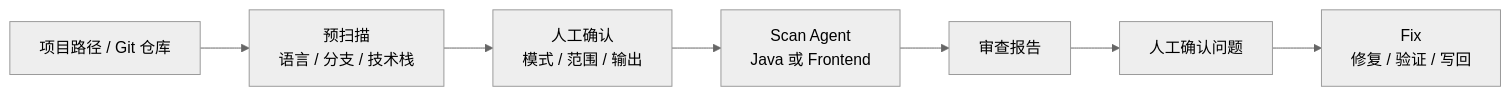
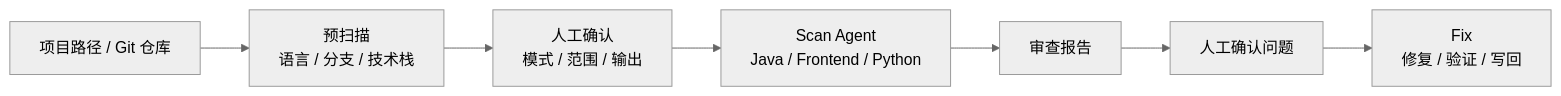
The diagram in README.md (ataskite/cc-code-reviewer), drawn with Mermaid (neutral theme) before and after one commit. The commit also changed other lines of this file and 24 other files, not shown here.

````diff
--- a/README.md
+++ b/README.md
@@ -7,9 +7,9 @@
 ```mermaid
 flowchart LR
     Input["项目路径 / Git 仓库"] --> Prescan["预扫描<br/>语言 / 分支 / 技术栈"]
     Prescan --> Gate["人工确认<br/>模式 / 范围 / 输出"]
-    Gate --> Scan["Scan Agent<br/>Java 或 Frontend"]
+    Gate --> Scan["Scan Agent<br/>Java / Frontend / Python"]
     Scan --> Report["审查报告"]
     Report --> Confirm["人工确认问题"]
     Confirm --> Fix["Fix<br/>修复 / 验证 / 写回"]
 ```
````
